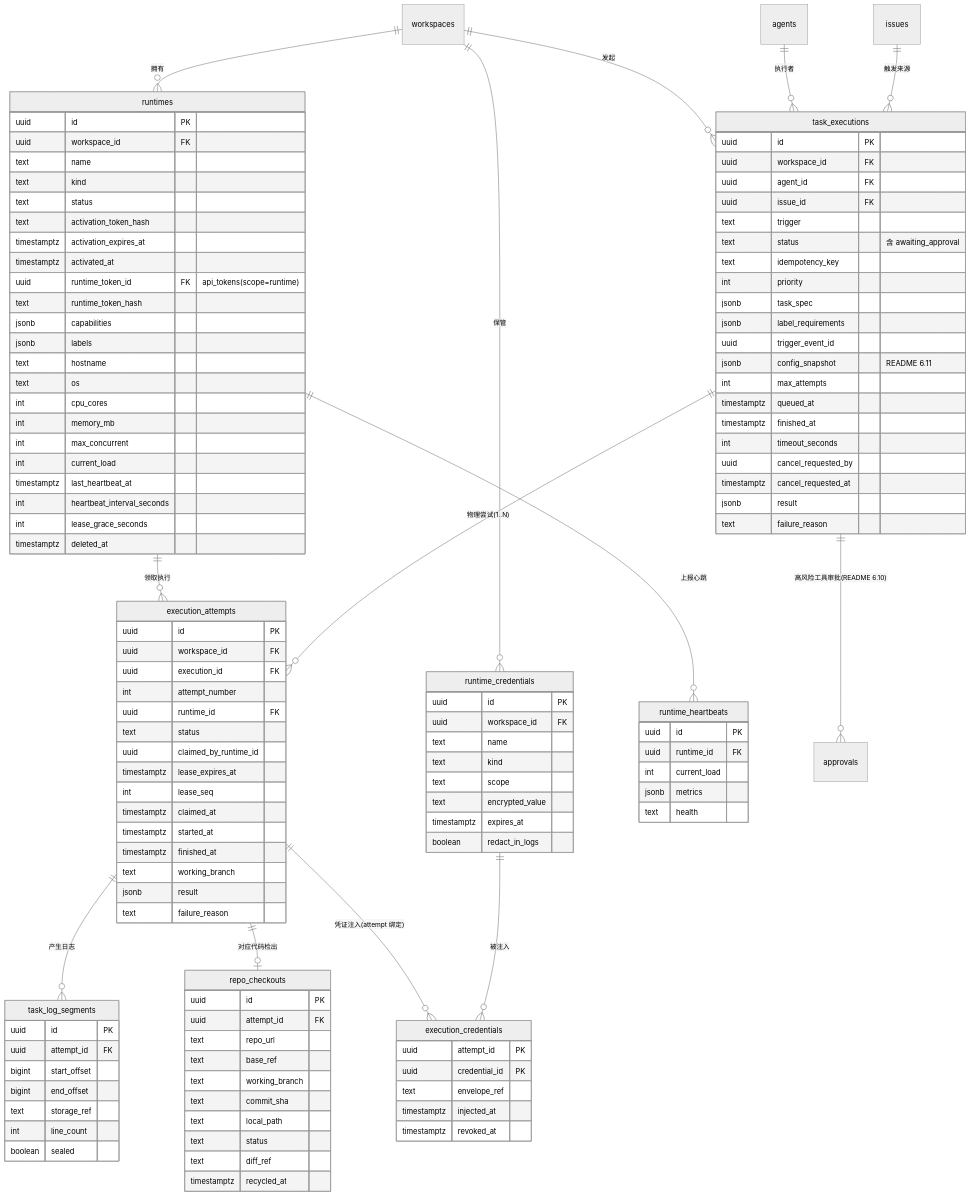
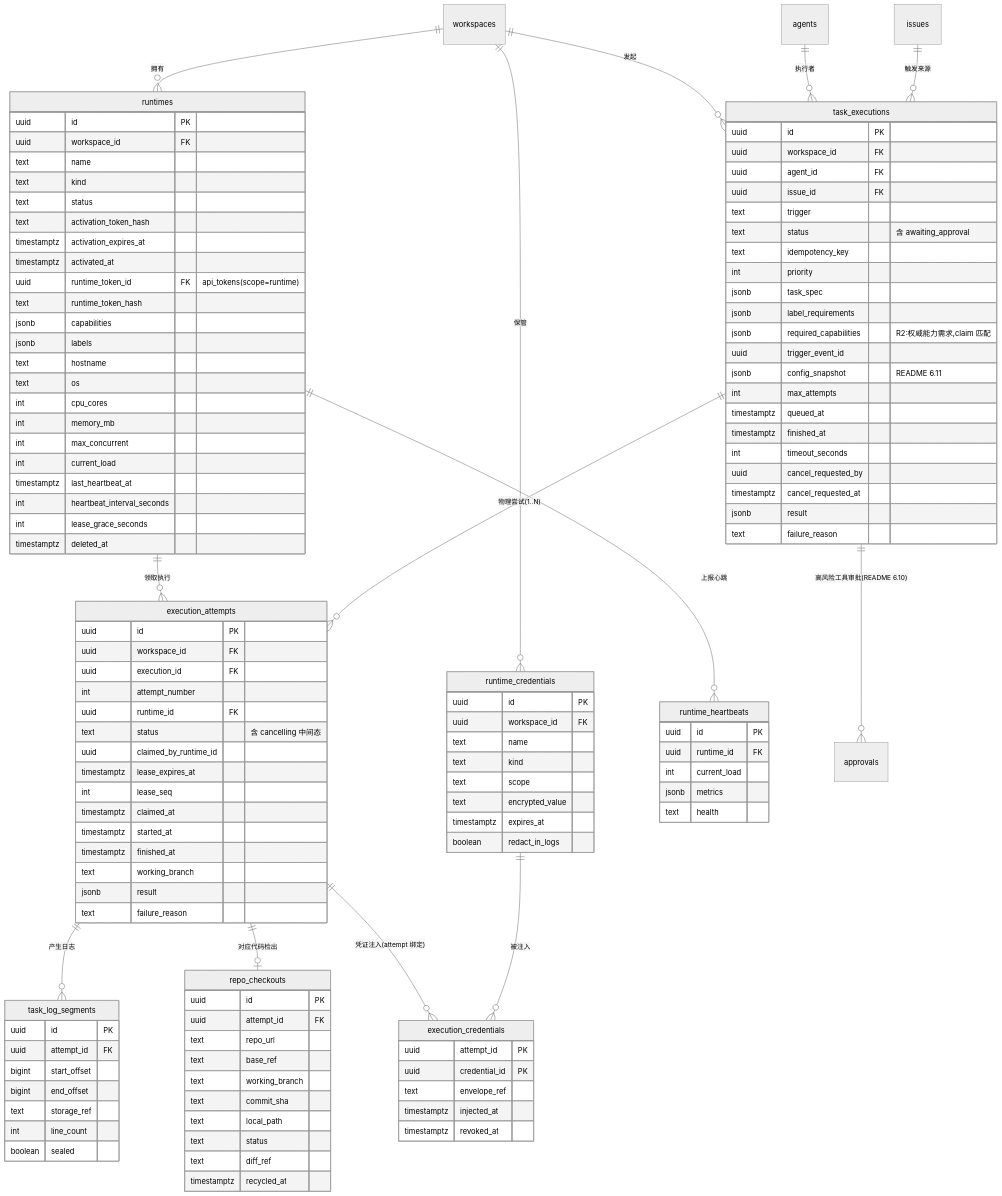
Before and after one commit to cnwenf/Mesh: the first of 2 diagrams in docs/specs/features/runtime.md, drawn with Mermaid (neutral theme). The commit also changed other lines of this file and 16 other files, not shown here.

```diff
--- a/docs/specs/features/runtime.md
+++ b/docs/specs/features/runtime.md
@@ -129,6 +129,7 @@
         int priority
         jsonb task_spec
         jsonb label_requirements
+        jsonb required_capabilities "R2:权威能力需求,claim 匹配"
         uuid trigger_event_id
         jsonb config_snapshot "README 6.11"
         int max_attempts
@@ -146,7 +147,7 @@
         uuid execution_id FK
         int attempt_number
         uuid runtime_id FK
-        text status
+        text status "含 cancelling 中间态"
         uuid claimed_by_runtime_id
         timestamptz lease_expires_at
         int lease_seq
```
